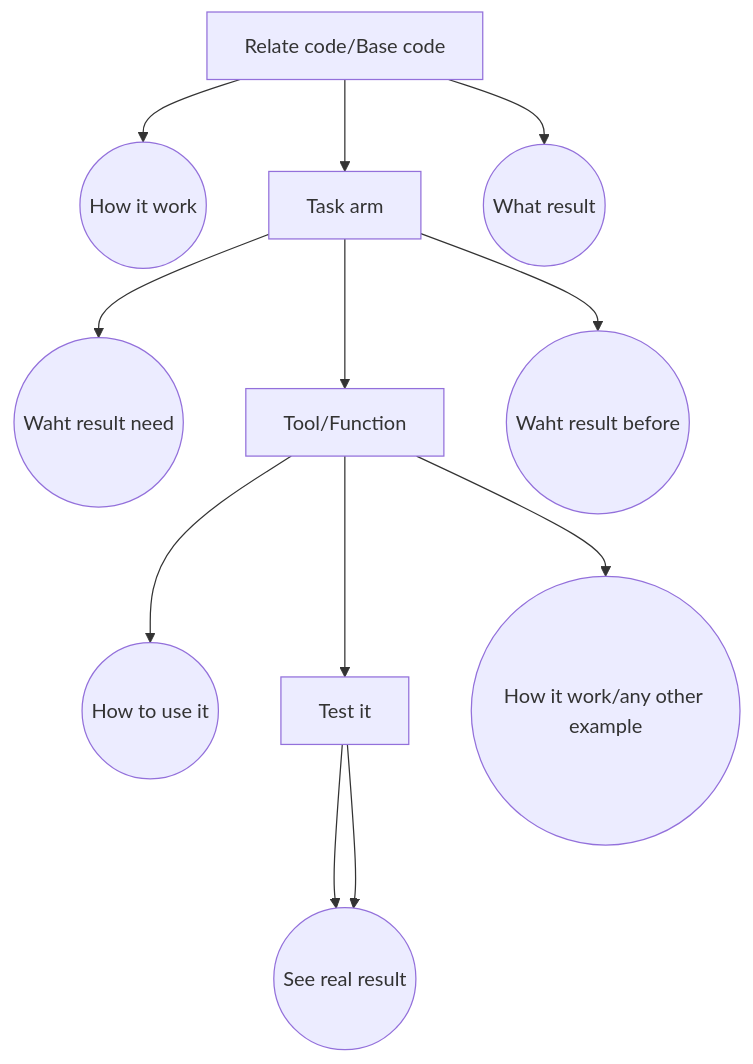
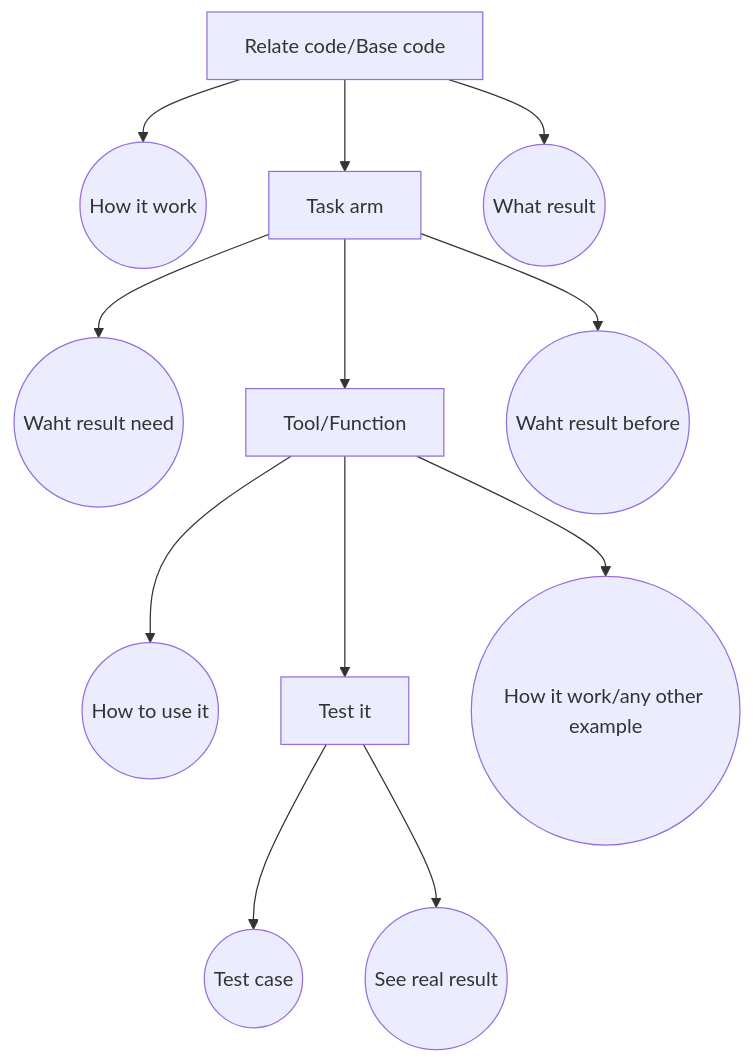
The diagram in _posts/2018-03-28-task-flow-chat.md (duan-li/worklog), drawn with Mermaid before and after one commit. The commit also changed 1 other file, not shown here.

````diff
--- a/_posts/2018-03-28-task-flow-chat.md
+++ b/_posts/2018-03-28-task-flow-chat.md
@@ -7,15 +7,15 @@
 ```mermaid
 graph TB
 
 A[Relate code/Base code] --> B((How it work))
 A[Relate code/Base code] --> D[Task arm]
 A[Relate code/Base code] --> C((What result))
 D[Task arm] --> E((Waht result need))
 D[Task arm] --> F[Tool/Function]
 D[Task arm] --> L((Waht result before))
 F[Tool/Function] --> G((How to use it))
 F[Tool/Function] --> J[Test it]
 F[Tool/Function] --> H((How it work/any other example))
 J[Test it] --> K((Test case))
-J[Test it] --> K((See real result))
+J[Test it] --> M((See real result))
 ```
````
